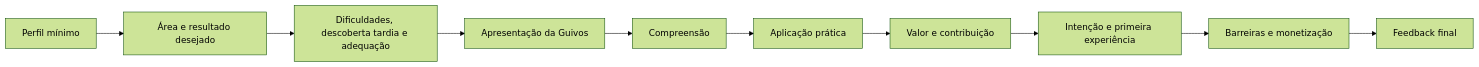
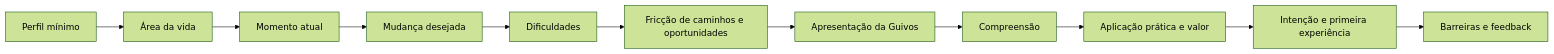
Before and after one commit to guivos-repositorio/Guivos-Knowledge-Repository: the diagram in docs/research/market-validation/VAL-001-framework-de-validacao-de-mercado.md, drawn with Mermaid (forest theme). The commit also changed other lines of this file, not shown here.

````diff
--- a/docs/research/market-validation/VAL-001-framework-de-validacao-de-mercado.md
+++ b/docs/research/market-validation/VAL-001-framework-de-validacao-de-mercado.md
@@ -138,4 +180,4 @@
 ```mermaid
 flowchart LR
-    A["Perfil mínimo"] --> B["Área e resultado desejado"] --> C["Dificuldades, descoberta tardia e adequação"] --> D["Apresentação da Guivos"] --> E["Compreensão"] --> F["Aplicação prática"] --> G["Valor e contribuição"] --> H["Intenção e primeira experiência"] --> I["Barreiras e monetização"] --> J["Feedback final"]
+    A["Perfil mínimo"] --> B["Área da vida"] --> C["Momento atual"] --> D["Mudança desejada"] --> E["Dificuldades"] --> F["Fricção de caminhos e oportunidades"] --> G["Apresentação da Guivos"] --> H["Compreensão"] --> I["Aplicação prática e valor"] --> J["Intenção e primeira experiência"] --> K["Barreiras e feedback"]
 ```
````
